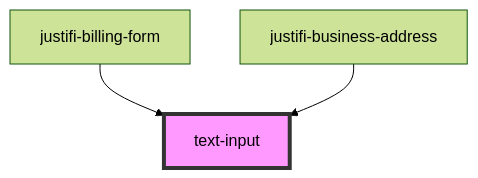
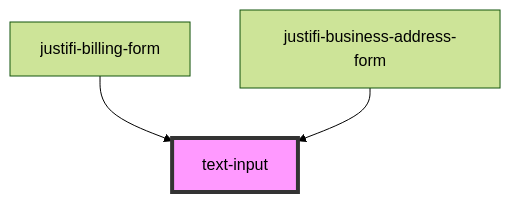
Before and after one commit to justifi-tech/web-component-library: the diagram in stencil-library/src/components/text-input/readme.md, drawn with Mermaid (forest theme). The commit also changed other lines of this file and 10 other files, not shown here.

Commit message:
rename business-address to use -form naming convention

````diff
--- a/stencil-library/src/components/text-input/readme.md
+++ b/stencil-library/src/components/text-input/readme.md
@@ -38,6 +38,6 @@
 ```mermaid
 graph TD;
   justifi-billing-form --> text-input
-  justifi-business-address --> text-input
+  justifi-business-address-form --> text-input
   style text-input fill:#f9f,stroke:#333,stroke-width:4px
 ```
````
